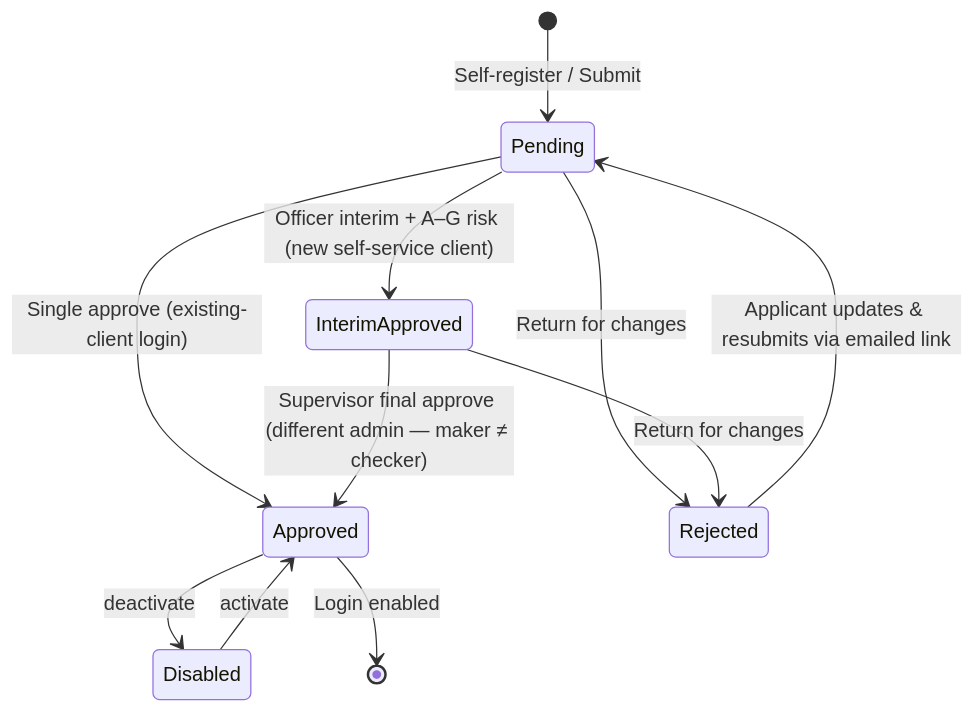
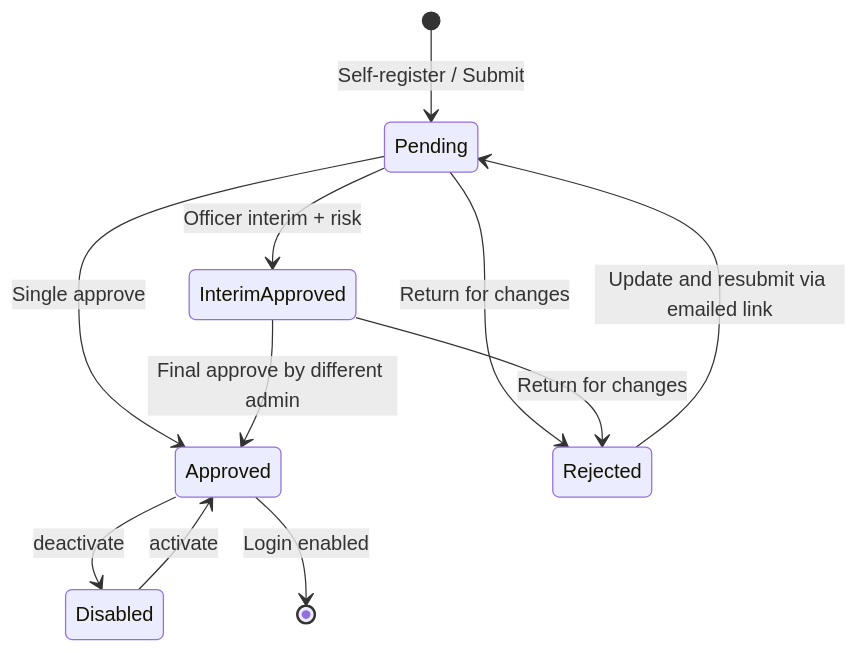
One commit to mwangudi/brokerknow changed the third of 3 diagrams in BK_Files/Docs/Client_Portal_Registration.md. Above: the diagram before and after it, drawn with Mermaid. The commit also changed other lines of this file, not shown here.

Commit message:
Docs: fix state diagram rendering (Mermaid-safe labels) + add registration journey flowchart

````diff
--- a/BK_Files/Docs/Client_Portal_Registration.md
+++ b/BK_Files/Docs/Client_Portal_Registration.md
@@ -398,13 +433,13 @@
 ```mermaid
 stateDiagram-v2
     [*] --> Pending: Self-register / Submit
-    Pending --> InterimApproved: Officer interim + A–G risk (new self-service client)
-    Pending --> Approved: Single approve (existing-client login)
-    InterimApproved --> Approved: Supervisor final approve (different admin — maker ≠ checker)
+    Pending --> InterimApproved: Officer interim + risk
+    Pending --> Approved: Single approve
+    InterimApproved --> Approved: Final approve by different admin
     Pending --> Rejected: Return for changes
     InterimApproved --> Rejected: Return for changes
-    Rejected --> Pending: Applicant updates & resubmits via emailed link
+    Rejected --> Pending: Update and resubmit via emailed link
     Approved --> Disabled: deactivate
     Disabled --> Approved: activate
     Approved --> [*]: Login enabled
 ```
````
